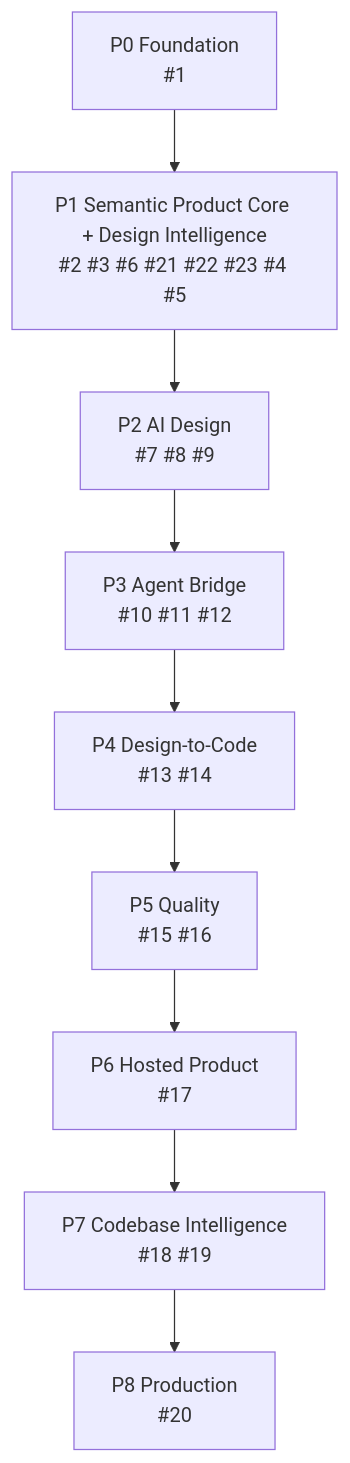
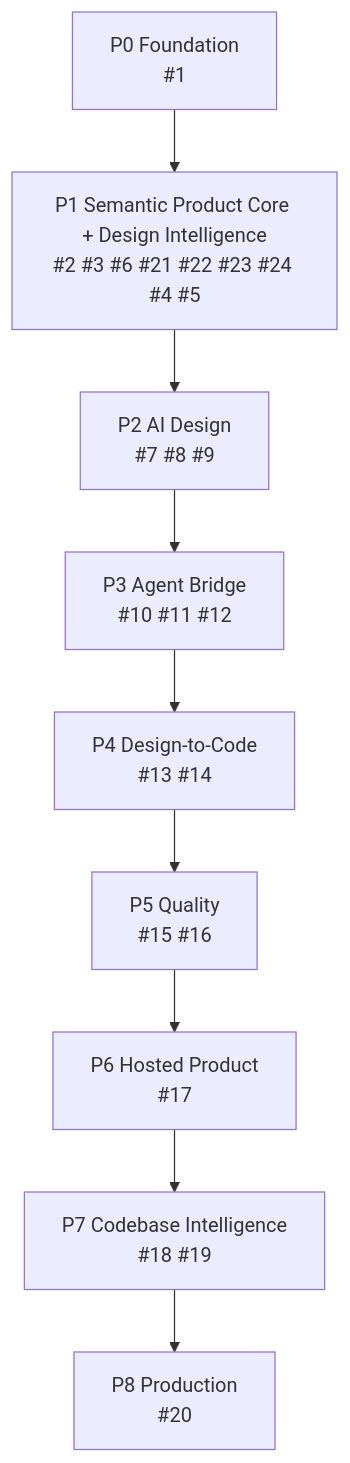
One commit to tuanpham09/UIForge changed the diagram in docs/ROADMAP.md. Above: the diagram before and after it, drawn with Mermaid. The commit also changed other lines of this file, not shown here.

Commit message:
docs(roadmap): add component intelligence milestone

```diff
--- a/docs/ROADMAP.md
+++ b/docs/ROADMAP.md
@@ -5,14 +5,14 @@
 ~~~mermaid
 flowchart TB
     P0["P0 Foundation<br/>#1"]
-    P1["P1 Semantic Product Core + Design Intelligence<br/>#2 #3 #6 #21 #22 #23 #4 #5"]
+    P1["P1 Semantic Product Core + Design Intelligence<br/>#2 #3 #6 #21 #22 #23 #24 #4 #5"]
     P2["P2 AI Design<br/>#7 #8 #9"]
     P3["P3 Agent Bridge<br/>#10 #11 #12"]
     P4["P4 Design-to-Code<br/>#13 #14"]
     P5["P5 Quality<br/>#15 #16"]
     P6["P6 Hosted Product<br/>#17"]
     P7["P7 Codebase Intelligence<br/>#18 #19"]
     P8["P8 Production<br/>#20"]
 
     P0 --> P1 --> P2 --> P3 --> P4 --> P5 --> P6 --> P7 --> P8
 ~~~
```
